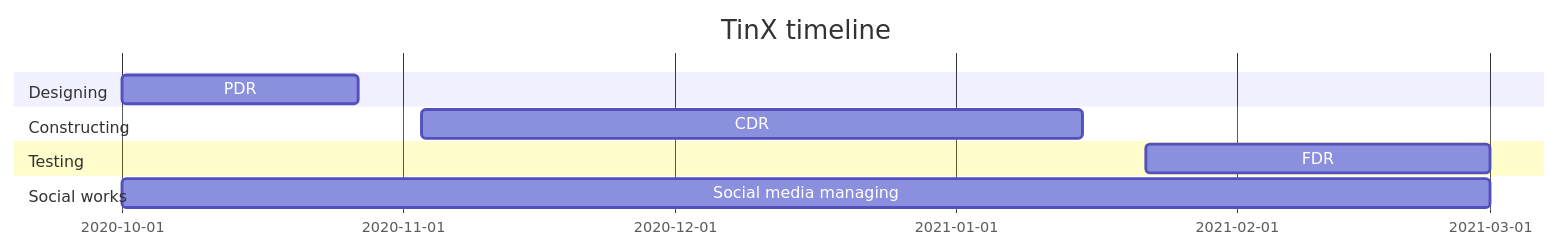
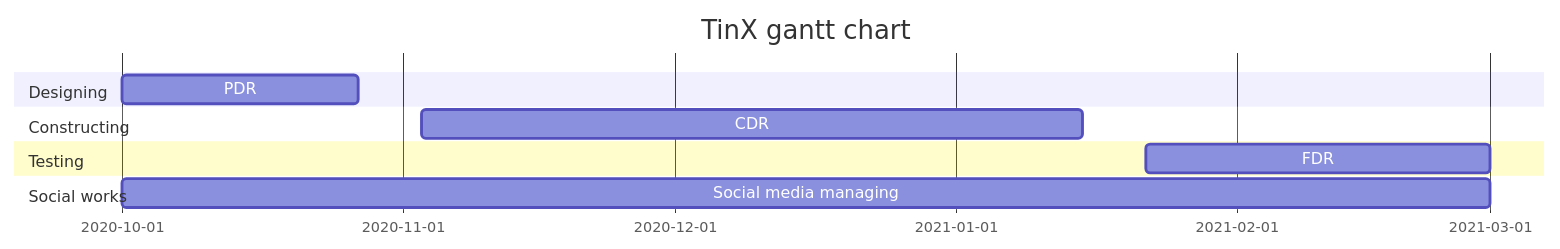
Before and after one commit to TinXsat/project-structure: the diagram in gantt-chart.md, drawn with Mermaid.

Commit message:
Update gantt-chart.md
Try to repair syntax errors

````diff
--- a/gantt-chart.md
+++ b/gantt-chart.md
@@ -25,15 +25,15 @@
 ```mermaid
 gantt
-    title TinX timeline
+    title TinX gantt chart
     dateFormat  YYYY-MM-DD
     
     section Designing
-    PDR: 2020-10-01, 2020-10-27
+    PDR : 2020-10-01, 2020-10-27
     section Constructing
-    CDR: 2020-11-03, 2021-01-15
+    CDR : 2020-11-03, 2021-01-15
     section Testing 
-    FDR: 2021-01-22, 2021-03-01
+    FDR : 2021-01-22, 2021-03-01
     section Social works
-    Social media managing: 2020-10-01, 2021-03-01
+    Social media managing : 2020-10-01, 2021-03-01
     
 ```
````
